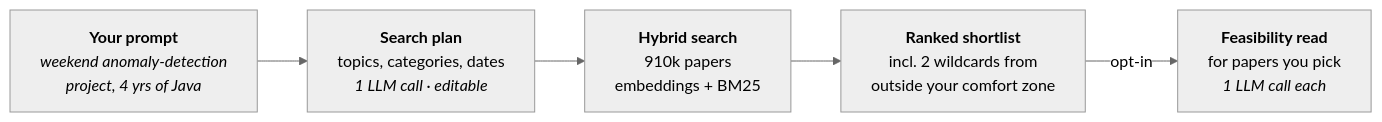
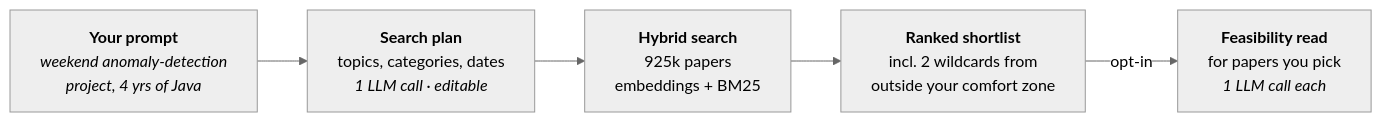
One commit to Will-Alger/fatwood changed the first of 2 diagrams in README.md. Above: the diagram before and after it, drawn with Mermaid (neutral theme). The commit also changed other lines of this file, not shown here.

````diff
--- a/README.md
+++ b/README.md
@@ -61,10 +48,10 @@
 ```mermaid
 flowchart LR
     prompt["<b>Your prompt</b><br/><i>weekend anomaly-detection<br/>project, 4 yrs of Java</i>"]
     plan["<b>Search plan</b><br/>topics, categories, dates<br/><i>1 LLM call · editable</i>"]
-    search["<b>Hybrid search</b><br/>910k papers<br/>embeddings + BM25"]
+    search["<b>Hybrid search</b><br/>925k papers<br/>embeddings + BM25"]
     results["<b>Ranked shortlist</b><br/>incl. 2 wildcards from<br/>outside your comfort zone"]
     analysis["<b>Feasibility read</b><br/>for papers you pick<br/><i>1 LLM call each</i>"]
 
     prompt --> plan --> search --> results -->|opt-in| analysis
 ```
````
